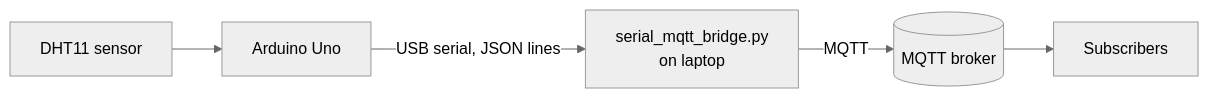
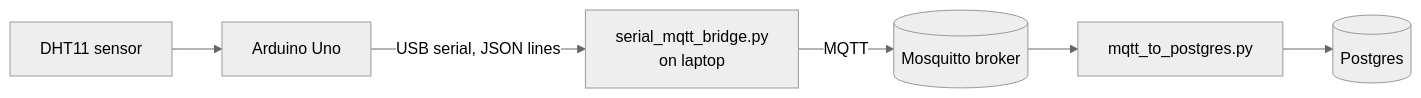
One commit to rdj215/uno_weather_serial changed the first of 2 diagrams in README.md. Above: the diagram before and after it, drawn with Mermaid (neutral theme). The commit also changed other lines of this file and 7 other files, not shown here.

First line of the commit message:
Add MQTT-to-Postgres writer and local Docker stack

````diff
--- a/README.md
+++ b/README.md
@@ -27,7 +27,8 @@
 ```mermaid
 flowchart LR
     S[DHT11 sensor] --> U[Arduino Uno]
     U -- "USB serial, JSON lines" --> B[serial_mqtt_bridge.py<br/>on laptop]
-    B -- MQTT --> M[(MQTT broker)]
-    M --> C[Subscribers]
+    B -- MQTT --> M[(Mosquitto broker)]
+    M --> W[mqtt_to_postgres.py]
+    W --> D[(Postgres)]
 ```
````
